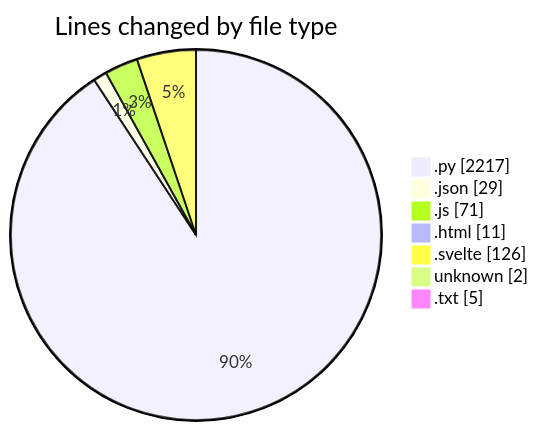
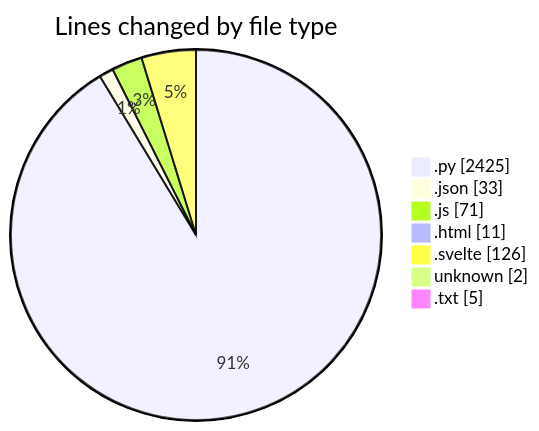
The first of 2 diagrams in 2025-07-10/toolsopenemalpass/README.md (lephambinh05/code-tracking), drawn with Mermaid before and after one commit. The commit also changed other lines of this file and 1 other file, not shown here.

````diff
--- a/2025-07-10/toolsopenemalpass/README.md
+++ b/2025-07-10/toolsopenemalpass/README.md
@@ -49,11 +55,11 @@
 ```mermaid
 pie showData
 title Lines changed by file type
-".py" : 2217
-".json" : 29
+".py" : 2425
+".json" : 33
 ".js" : 71
 ".html" : 11
 ".svelte" : 126
 "unknown" : 2
 ".txt" : 5
 ```
````
